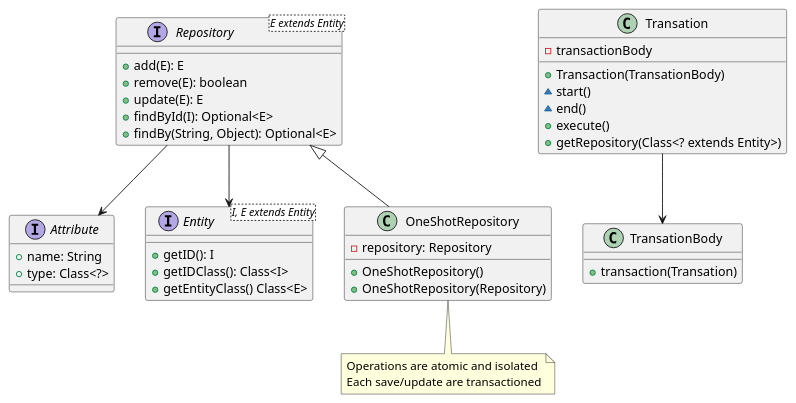
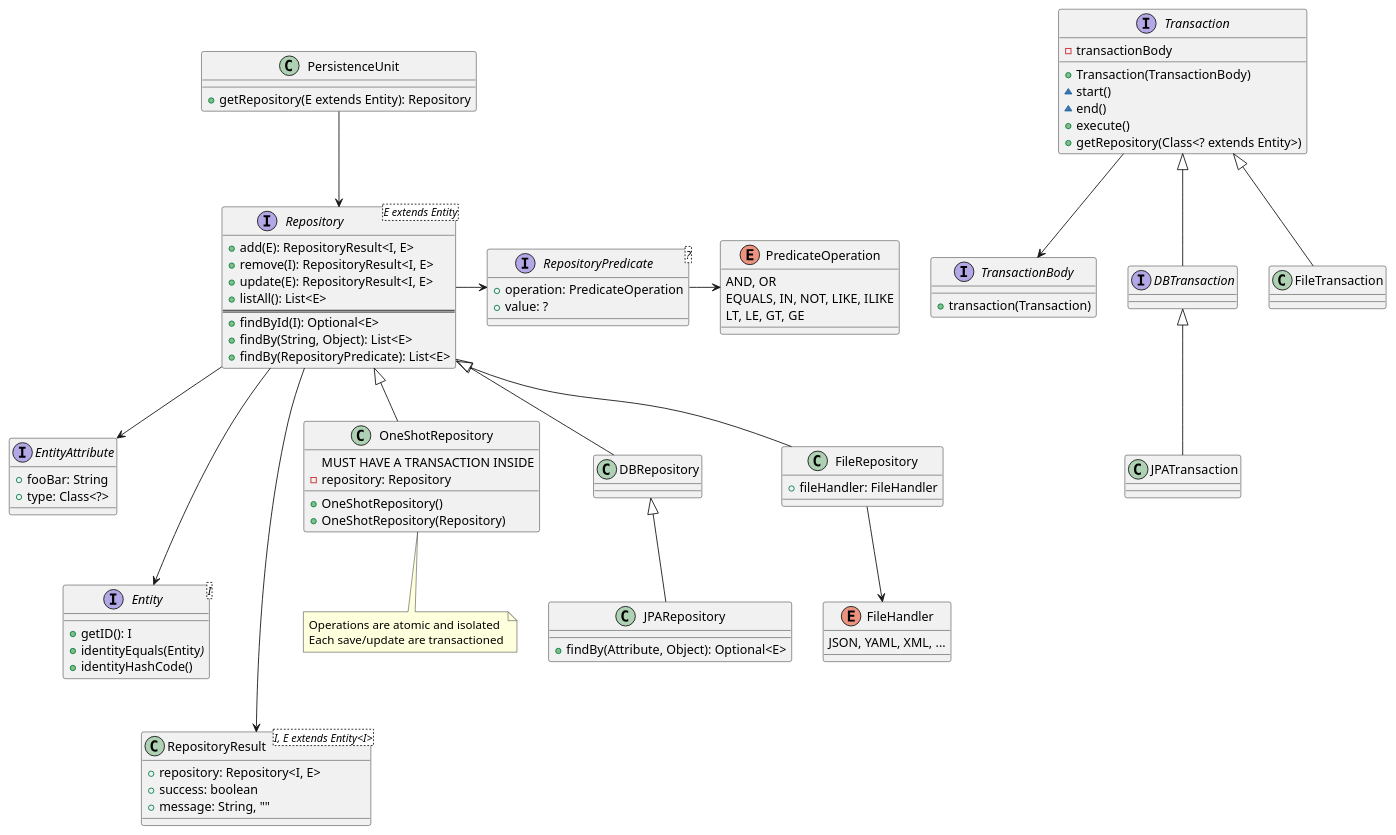
One commit to ITQuasar/jagrosk-persistence changed the diagram in src/main/plantuml/Classes.puml. Above: the diagram before and after it, drawn with PlantUML. The commit also changed 17 other files, not shown here.

```diff
--- a/src/main/plantuml/Classes.puml
+++ b/src/main/plantuml/Classes.puml
@@ -1,54 +1,114 @@
 @startuml
 
-interface Attribute {
-    + name: String
+class PersistenceUnit {
+    + getRepository(E extends Entity): Repository
+}
+PersistenceUnit --> Repository
+
+interface EntityAttribute {
+    + fooBar: String
     + type: Class<?>
 }
 
-interface Entity<I, E extends Entity> {
+interface Entity <I> {
+    '<I, E extends Entity> {
     + getID(): I
-    + getIDClass(): Class<I>
-    + getEntityClass() Class<E>
+    + identityEquals(Entity<I>)
+    + identityHashCode()
+    '+ getIDClass(): Class<I>
+    '+ getEntityClass() Class<E>
+}
+
+class RepositoryResult<I, E extends Entity<I>> {
+    + repository: Repository<I, E>
+    + success: boolean
+    + message: String, ""
 }
 
 interface Repository<E extends Entity> {
-    + add(E): E
-    + remove(E): boolean
-    + update(E): E
+    + add(E): RepositoryResult<I, E>
+    + remove(I): RepositoryResult<I, E>
+    + update(E): RepositoryResult<I, E>
+    + listAll(): List<E>
+    ===
     + findById(I): Optional<E>
-    + findBy(String, Object): Optional<E>
+    + findBy(String, Object): List<E>
+    + findBy(RepositoryPredicate): List<E>
+}
+
+enum PredicateOperation {
+  AND, OR
+  EQUALS, IN, NOT, LIKE, ILIKE
+  LT, LE, GT, GE
+}
+
+interface RepositoryPredicate<?> {
+    + operation: PredicateOperation
+    + value: ?
 }
 
 class OneShotRepository extends Repository {
+    MUST HAVE A TRANSACTION INSIDE
     - repository: Repository
     + OneShotRepository()
     + OneShotRepository(Repository)
 }
 note bottom of OneShotRepository
     Operations are atomic and isolated
     Each save/update are transactioned
 end note
 
-Repository --> Entity
-Repository --> Attribute
+RepositoryPredicate -> PredicateOperation
+Repository ----> RepositoryResult
+Repository -> RepositoryPredicate
+Repository --> EntityAttribute
+Repository ---> Entity
+
+
+class DBRepository extends Repository
+class JPARepository extends DBRepository {
+  + findBy(Attribute, Object): Optional<E>
+}
+'class HibernateRepository extends DBRepository
+
+enum FileHandler {
+  JSON, YAML, XML, ...
+}
+
+class FileRepository extends Repository {
+  + fileHandler: FileHandler
+}
+
+FileRepository --> FileHandler
+
+
+'class JSONRepository extends FileRepository
+'class YAMLRepository extends FileRepository
+'class XMLRepository extends FileRepository
 
 '''''''''''''''''''''''''''''''''''''''''''''''''
 '''''''''''''''''''''''''''''''''''''''''''''''''
 '''''''''''''''''''''''''''''''''''''''''''''''''
 
-class Transation {
+interface Transaction {
     - transactionBody
-    + Transaction(TransationBody)
+    + Transaction(TransactionBody)
     ~ start()
     ~ end()
     + execute()
     + getRepository(Class<? extends Entity>)
 }
 
-class TransationBody {
-    + transaction(Transation)
+interface TransactionBody {
+    + transaction(Transaction)
 }
 
-Transation --> TransationBody
+Transaction --> TransactionBody
+
+interface DBTransaction extends Transaction
+class JPATransaction extends DBTransaction
+'class HibernateTransaction extends DBTransaction
+
+class FileTransaction extends Transaction
 
 @enduml
```
